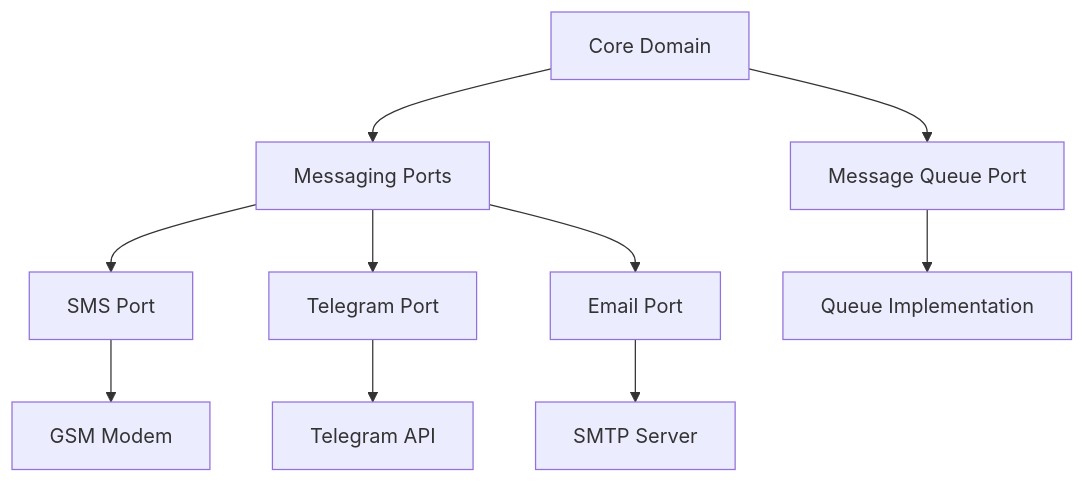
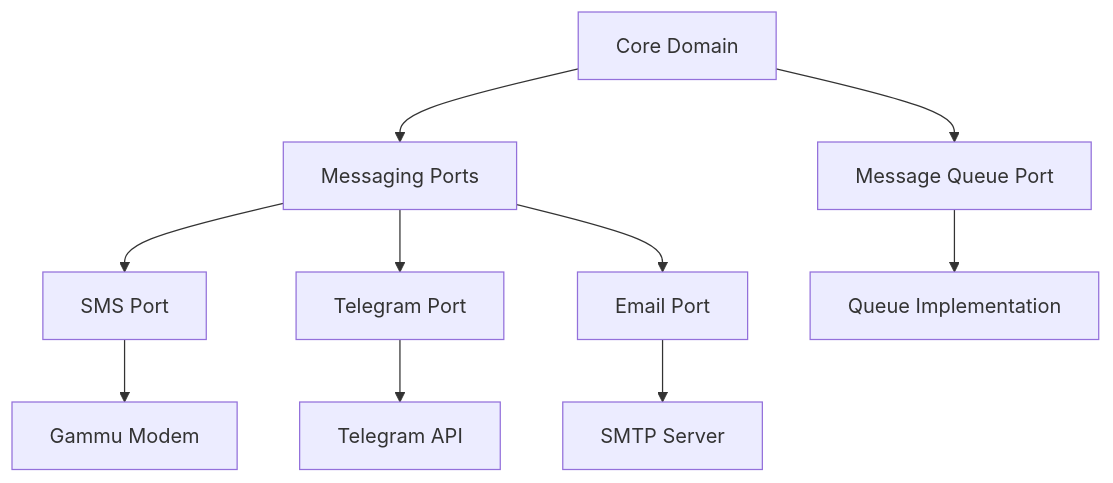
The first of 2 diagrams in docs/ARCHITECTURE.md (atr0s/sms-gateway), drawn with Mermaid before and after one commit. The commit also changed other lines of this file and 3 other files, not shown here.

````diff
--- a/docs/ARCHITECTURE.md
+++ b/docs/ARCHITECTURE.md
@@ -63,15 +63,15 @@
 ```mermaid
 graph TD
     A[Core Domain] --> B[Message Queue Port]
     A --> C[Messaging Ports]
     
     C --> D[SMS Port]
     C --> E[Telegram Port]
     C --> F[Email Port]
     
-    D --> G[GSM Modem]
+    D --> G[Gammu Modem]
     E --> H[Telegram API]
     F --> I[SMTP Server]
     
     B --> J[Queue Implementation]
 ```
````
